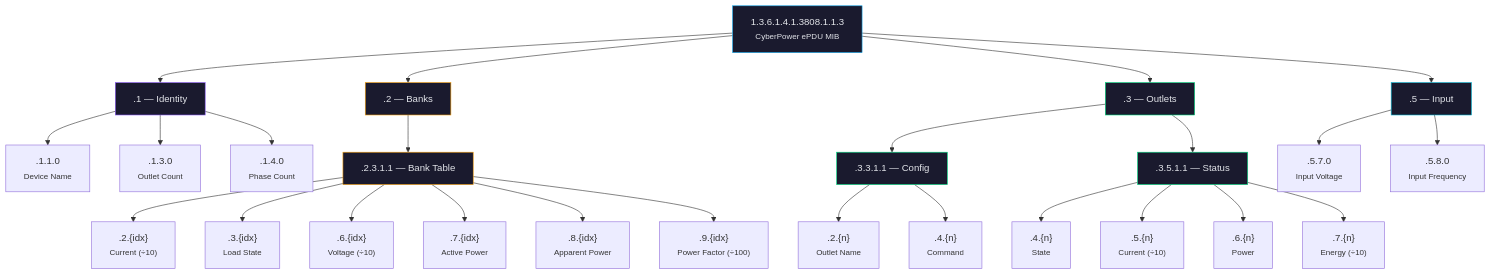
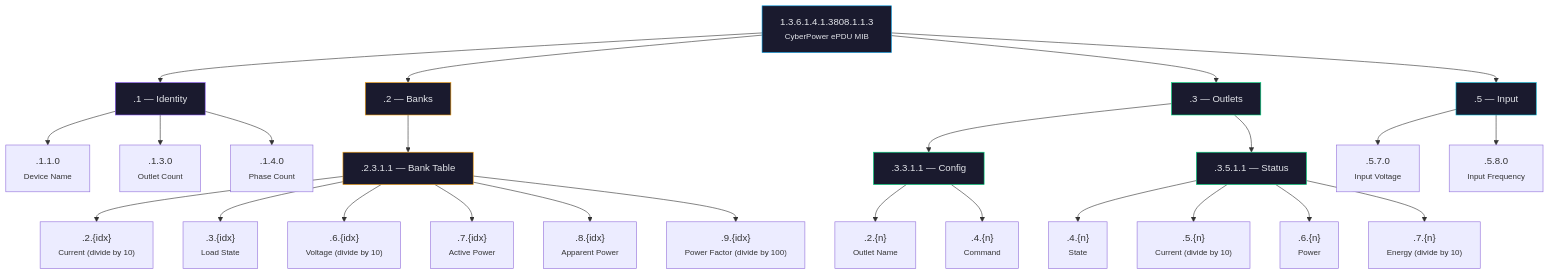
One commit to mvalancy/CyberPower-PDU changed the first of 2 diagrams in docs/snmp-oids.md. Above: the diagram before and after it, drawn with Mermaid. The commit also changed other lines of this file and 3 other files, not shown here.

````diff
--- a/docs/snmp-oids.md
+++ b/docs/snmp-oids.md
@@ -7,42 +79,42 @@
 ```mermaid
 graph TD
     Root["1.3.6.1.4.1.3808.1.1.3<br/><small>CyberPower ePDU MIB</small>"]
 
     Root --> Identity[".1 — Identity"]
     Root --> Banks[".2 — Banks"]
     Root --> Outlets[".3 — Outlets"]
     Root --> Input[".5 — Input"]
 
     Identity --> DevName[".1.1.0<br/><small>Device Name</small>"]
     Identity --> OutCount[".1.3.0<br/><small>Outlet Count</small>"]
     Identity --> PhaseCount[".1.4.0<br/><small>Phase Count</small>"]
 
     Banks --> BankTable[".2.3.1.1 — Bank Table"]
-    BankTable --> BCurrent[".2.{idx}<br/><small>Current (÷10)</small>"]
+    BankTable --> BCurrent[".2.{idx}<br/><small>Current (divide by 10)</small>"]
     BankTable --> BLoad[".3.{idx}<br/><small>Load State</small>"]
-    BankTable --> BVoltage[".6.{idx}<br/><small>Voltage (÷10)</small>"]
+    BankTable --> BVoltage[".6.{idx}<br/><small>Voltage (divide by 10)</small>"]
     BankTable --> BPower[".7.{idx}<br/><small>Active Power</small>"]
     BankTable --> BApparent[".8.{idx}<br/><small>Apparent Power</small>"]
-    BankTable --> BPF[".9.{idx}<br/><small>Power Factor (÷100)</small>"]
+    BankTable --> BPF[".9.{idx}<br/><small>Power Factor (divide by 100)</small>"]
 
     Outlets --> OutConfig[".3.3.1.1 — Config"]
     Outlets --> OutStatus[".3.5.1.1 — Status"]
     OutConfig --> OName[".2.{n}<br/><small>Outlet Name</small>"]
     OutConfig --> OCmd[".4.{n}<br/><small>Command</small>"]
     OutStatus --> OState[".4.{n}<br/><small>State</small>"]
-    OutStatus --> OCurrent[".5.{n}<br/><small>Current (÷10)</small>"]
+    OutStatus --> OCurrent[".5.{n}<br/><small>Current (divide by 10)</small>"]
     OutStatus --> OPower[".6.{n}<br/><small>Power</small>"]
-    OutStatus --> OEnergy[".7.{n}<br/><small>Energy (÷10)</small>"]
+    OutStatus --> OEnergy[".7.{n}<br/><small>Energy (divide by 10)</small>"]
 
     Input --> Voltage[".5.7.0<br/><small>Input Voltage</small>"]
     Input --> Freq[".5.8.0<br/><small>Input Frequency</small>"]
 
     style Root fill:#1a1a2e,stroke:#0ea5e9,color:#e2e4e9
     style Identity fill:#1a1a2e,stroke:#8b5cf6,color:#e2e4e9
     style Banks fill:#1a1a2e,stroke:#f59e0b,color:#e2e4e9
     style Outlets fill:#1a1a2e,stroke:#00dc82,color:#e2e4e9
     style Input fill:#1a1a2e,stroke:#06b6d4,color:#e2e4e9
     style BankTable fill:#1a1a2e,stroke:#f59e0b,color:#e2e4e9
     style OutConfig fill:#1a1a2e,stroke:#00dc82,color:#e2e4e9
     style OutStatus fill:#1a1a2e,stroke:#00dc82,color:#e2e4e9
 ```
````
